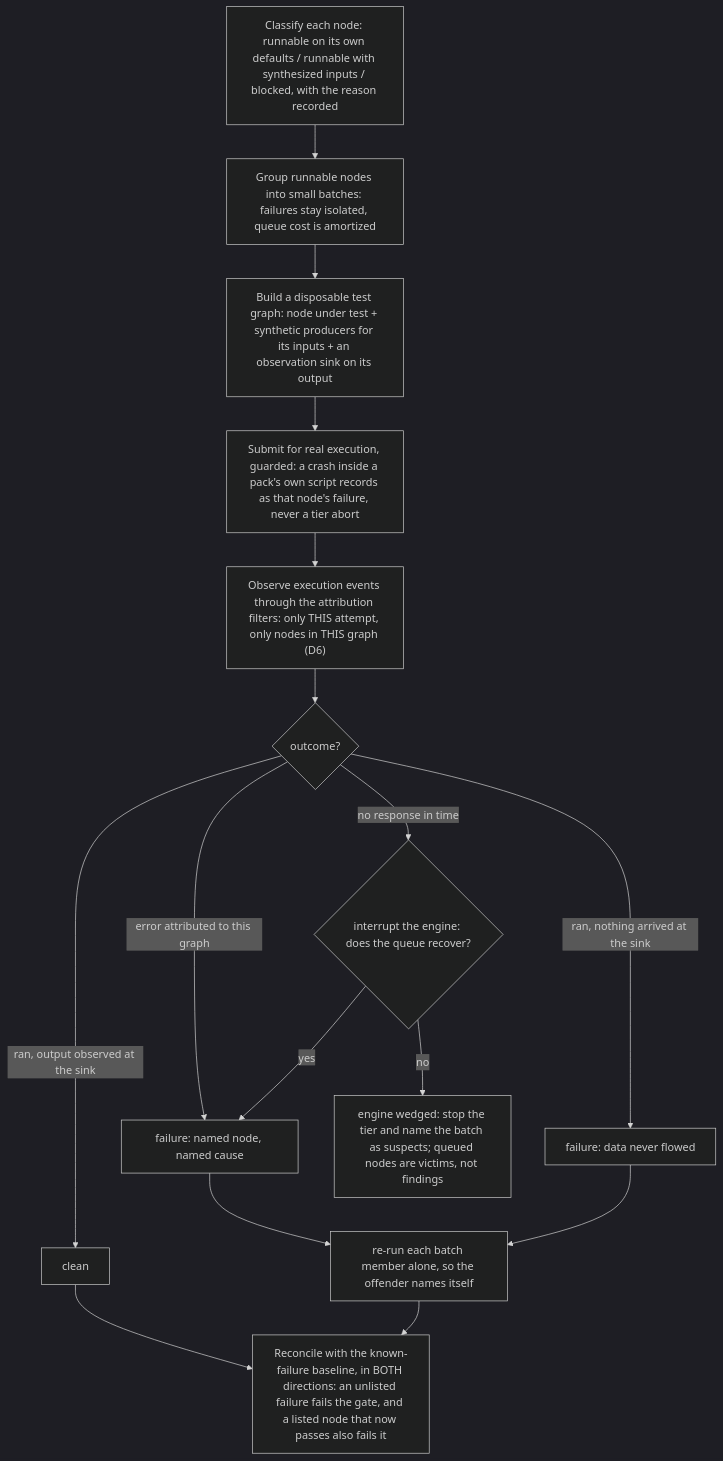
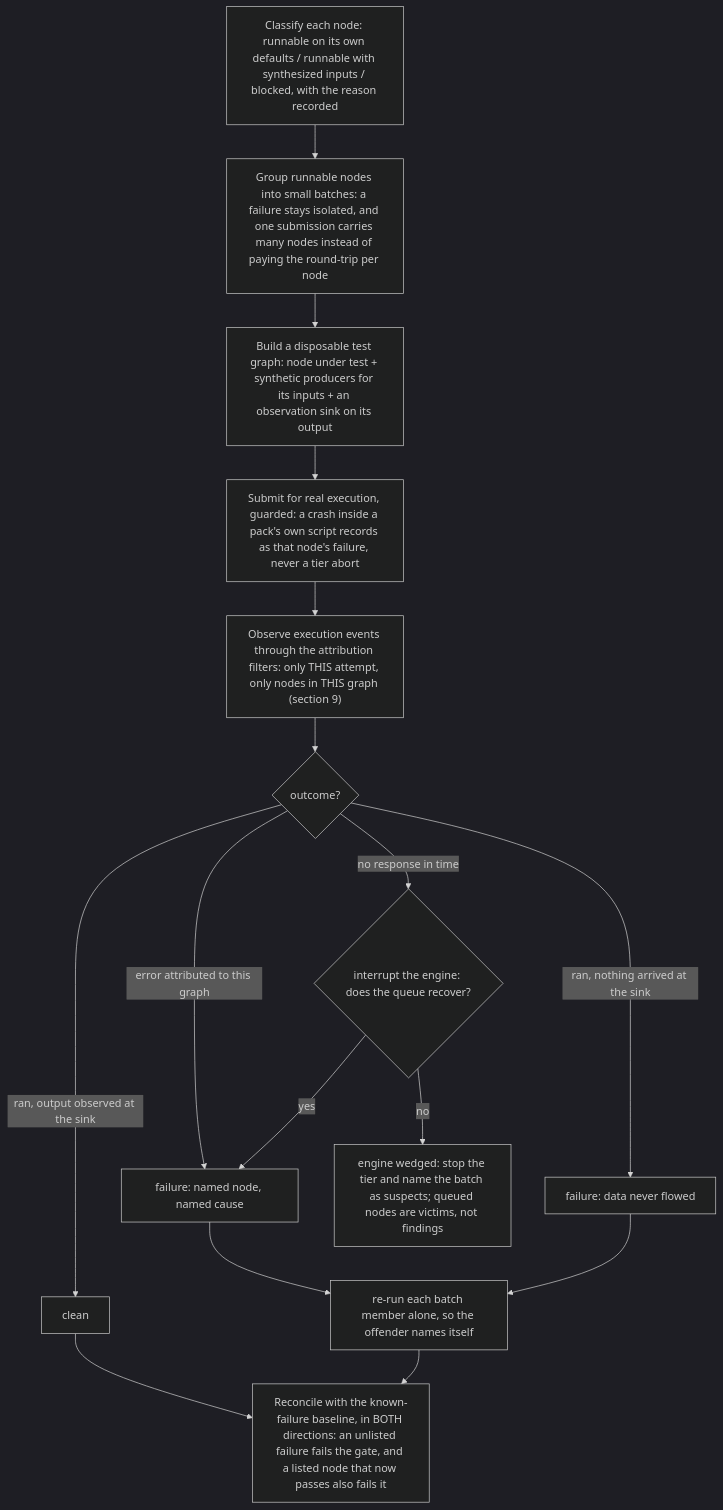
The fourth of 8 diagrams in browser_tests/tests/customNodes/ARCHITECTURE.md (Comfy-Org/ComfyUI_frontend), drawn with Mermaid (dark theme) before and after one commit. The commit also changed other lines of this file, not shown here.

First line of the commit message:
docs(custom-nodes): drop the redundant D-diagram labels; de-jargon the batching box

````diff
--- a/browser_tests/tests/customNodes/ARCHITECTURE.md
+++ b/browser_tests/tests/customNodes/ARCHITECTURE.md
@@ -220,19 +221,19 @@
 ```mermaid
 flowchart TD
     CLASS["Classify each node: runnable on its own defaults / runnable with synthesized inputs / blocked, with the reason recorded"]
-    CLASS --> BATCH["Group runnable nodes into small batches: failures stay isolated, queue cost is amortized"]
+    CLASS --> BATCH["Group runnable nodes into small batches: a failure stays isolated, and one submission carries many nodes instead of paying the round-trip per node"]
     BATCH --> BUILD["Build a disposable test graph: node under test + synthetic producers for its inputs + an observation sink on its output"]
     BUILD --> SUBMIT["Submit for real execution, guarded: a crash inside a pack's own script records as that node's failure, never a tier abort"]
-    SUBMIT --> OBSERVE["Observe execution events through the attribution filters: only THIS attempt, only nodes in THIS graph (D6)"]
+    SUBMIT --> OBSERVE["Observe execution events through the attribution filters: only THIS attempt, only nodes in THIS graph (section 9)"]
     OBSERVE --> V{"outcome?"}
     V -->|"ran, output observed at the sink"| CLEAN["clean"]
     V -->|"ran, nothing arrived at the sink"| NOOUT["failure: data never flowed"]
     V -->|"error attributed to this graph"| ERR["failure: named node, named cause"]
     V -->|"no response in time"| INT{"interrupt the engine: does the queue recover?"}
     INT -->|"yes"| ERR
     INT -->|"no"| HUNG["engine wedged: stop the tier and name the batch as suspects; queued nodes are victims, not findings"]
     ERR --> BIS["re-run each batch member alone, so the offender names itself"]
     NOOUT --> BIS
     CLEAN --> REC
     BIS --> REC["Reconcile with the known-failure baseline, in BOTH directions: an unlisted failure fails the gate, and a listed node that now passes also fails it"]
 ```
````
